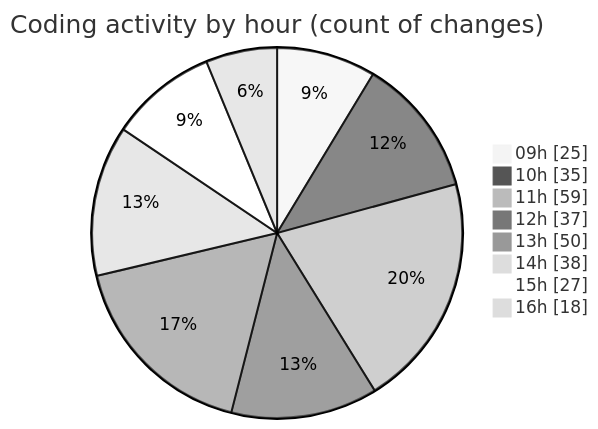
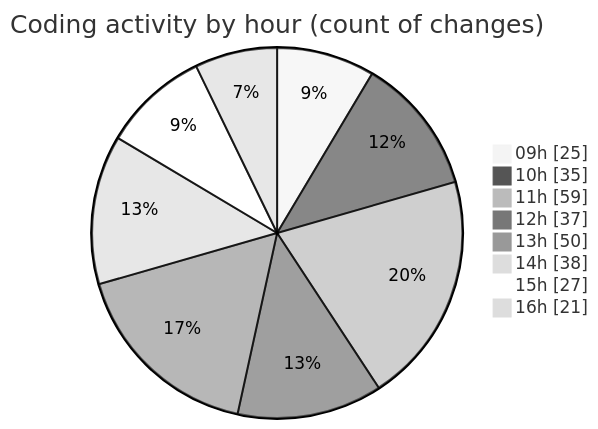
Before and after one commit to momahboobian/code-tracking: the second of 2 diagrams in 2025-08-22/cda/README.md, drawn with Mermaid (neutral theme). The commit also changed other lines of this file and 1 other file, not shown here.

````diff
--- a/2025-08-22/cda/README.md
+++ b/2025-08-22/cda/README.md
@@ -53,12 +53,12 @@
 ```mermaid
 pie showData
 title Coding activity by hour (count of changes)
 "09h" : 25
 "10h" : 35
 "11h" : 59
 "12h" : 37
 "13h" : 50
 "14h" : 38
 "15h" : 27
-"16h" : 18
+"16h" : 21
 ```
````
